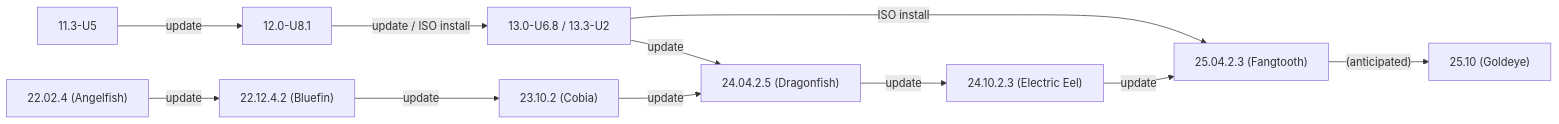
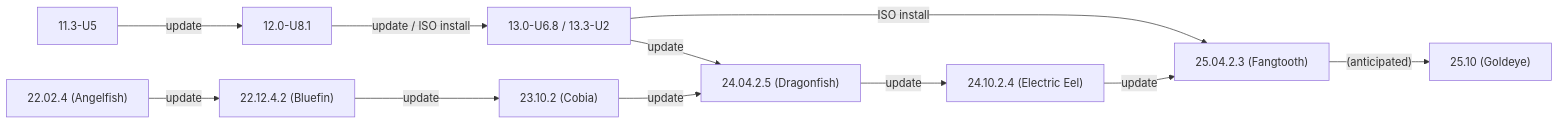
The first of 2 diagrams in static/includes/SCALEUpgradePaths.md (truenas/documentation), drawn with Mermaid before and after one commit. The commit also changed other lines of this file, not shown here.

```diff
--- a/static/includes/SCALEUpgradePaths.md
+++ b/static/includes/SCALEUpgradePaths.md
@@ -208,14 +208,14 @@
             {{< mermaid class="mermaid_sizing" >}}
             flowchart LR
               A["11.3-U5"] -->|update| B["12.0-U8.1"]
               B -->|"update / ISO install"| C["13.0-U6.8 / 13.3-U2"]
               C -->|update| G
               C -->|ISO install| I
               D["22.02.4 (Angelfish)"] -->|update| E
               E["22.12.4.2 (Bluefin)"] -->|update| F
               F["23.10.2 (Cobia)"] -->|update| G
               G["24.04.2.5 (Dragonfish)"] -->|update| H
-              H["24.10.2.3 (Electric Eel)"] -->|update| I
+              H["24.10.2.4 (Electric Eel)"] -->|update| I
               I["25.04.2.3 (Fangtooth)"] -->|"(anticipated)"| J
             J["25.10 (Goldeye)"]
             {{< /mermaid >}}
```
